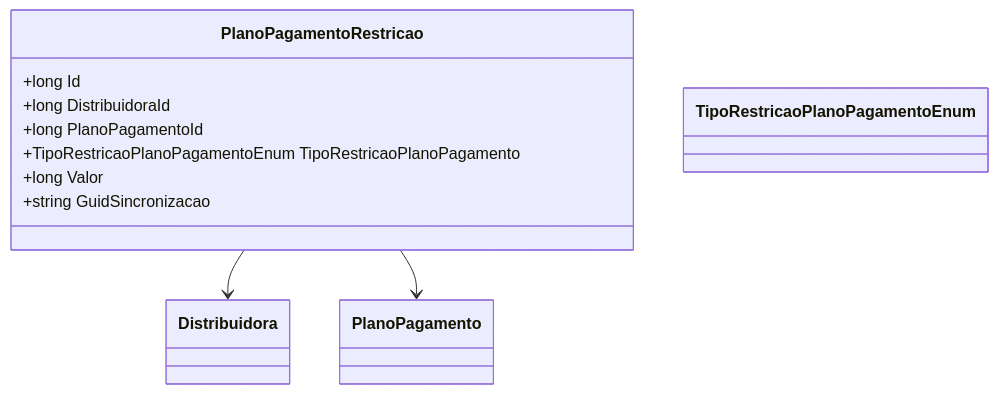
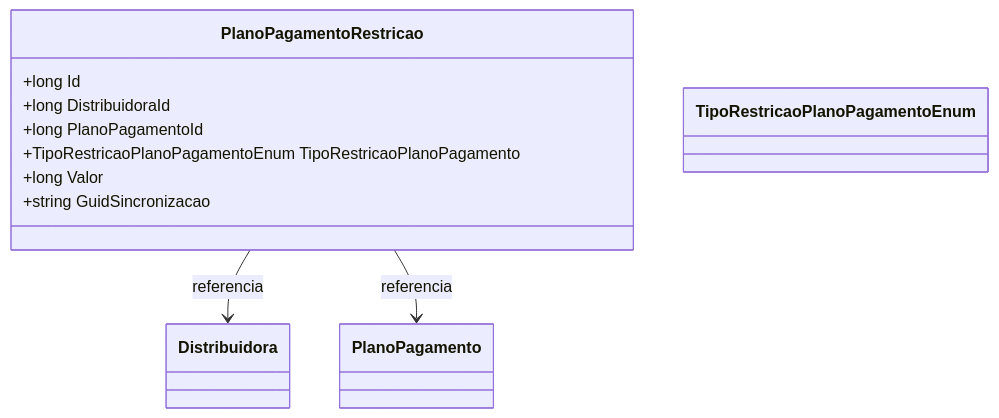
The diagram in docs/b2b-dominio/IsthmusWinthor.Nucleo/IsthmusWinthor.Dominio/Entidades/PlanoPagamentoRestricao.md (IsthmusSistemas/documentacao-tecnica), drawn with Mermaid before and after one commit. The commit also changed other lines of this file and 882 other files, not shown here.

````diff
--- a/docs/b2b-dominio/IsthmusWinthor.Nucleo/IsthmusWinthor.Dominio/Entidades/PlanoPagamentoRestricao.md
+++ b/docs/b2b-dominio/IsthmusWinthor.Nucleo/IsthmusWinthor.Dominio/Entidades/PlanoPagamentoRestricao.md
@@ -22,17 +23,17 @@
 ```mermaid
 classDiagram
     class PlanoPagamentoRestricao {
         +long Id
         +long DistribuidoraId
         +long PlanoPagamentoId
         +TipoRestricaoPlanoPagamentoEnum TipoRestricaoPlanoPagamento
         +long Valor
         +string GuidSincronizacao
     }
     class Distribuidora
     class PlanoPagamento
     class TipoRestricaoPlanoPagamentoEnum
-
-    PlanoPagamentoRestricao --> Distribuidora
-    PlanoPagamentoRestricao --> PlanoPagamento
+    
+    PlanoPagamentoRestricao --> Distribuidora : referencia
+    PlanoPagamentoRestricao --> PlanoPagamento : referencia
 ```
````
